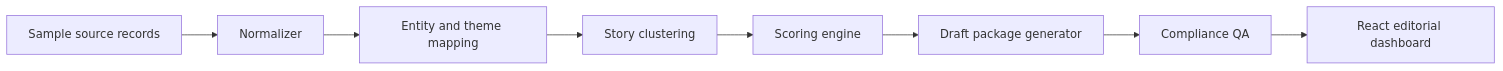
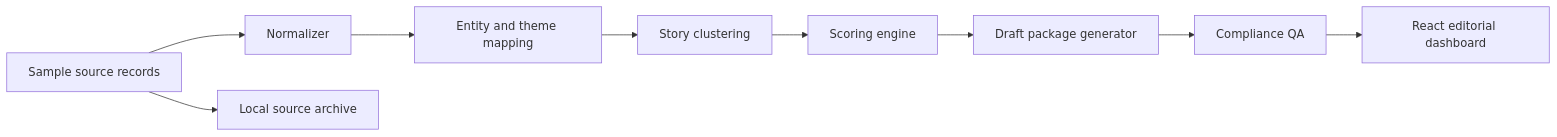
The first of 2 diagrams in docs/ARCHITECTURE.md (ijmontei/finbrand), drawn with Mermaid before and after one commit. The commit also changed other lines of this file and 11 other files, not shown here.

Commit message:
Add source archive for ingestion

````diff
--- a/docs/ARCHITECTURE.md
+++ b/docs/ARCHITECTURE.md
@@ -5,10 +5,11 @@
 ```mermaid
 flowchart LR
     A["Sample source records"] --> B["Normalizer"]
+    A --> I["Local source archive"]
     B --> C["Entity and theme mapping"]
     C --> D["Story clustering"]
     D --> E["Scoring engine"]
     E --> F["Draft package generator"]
     F --> G["Compliance QA"]
     G --> H["React editorial dashboard"]
 ```
````
